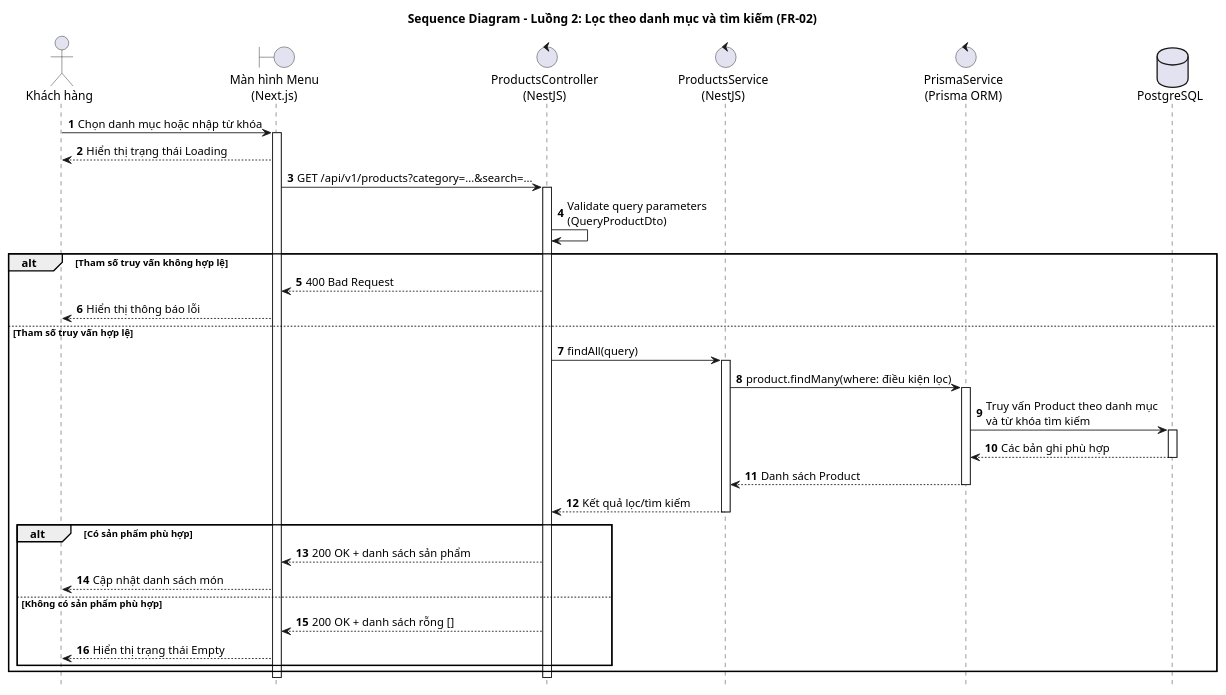
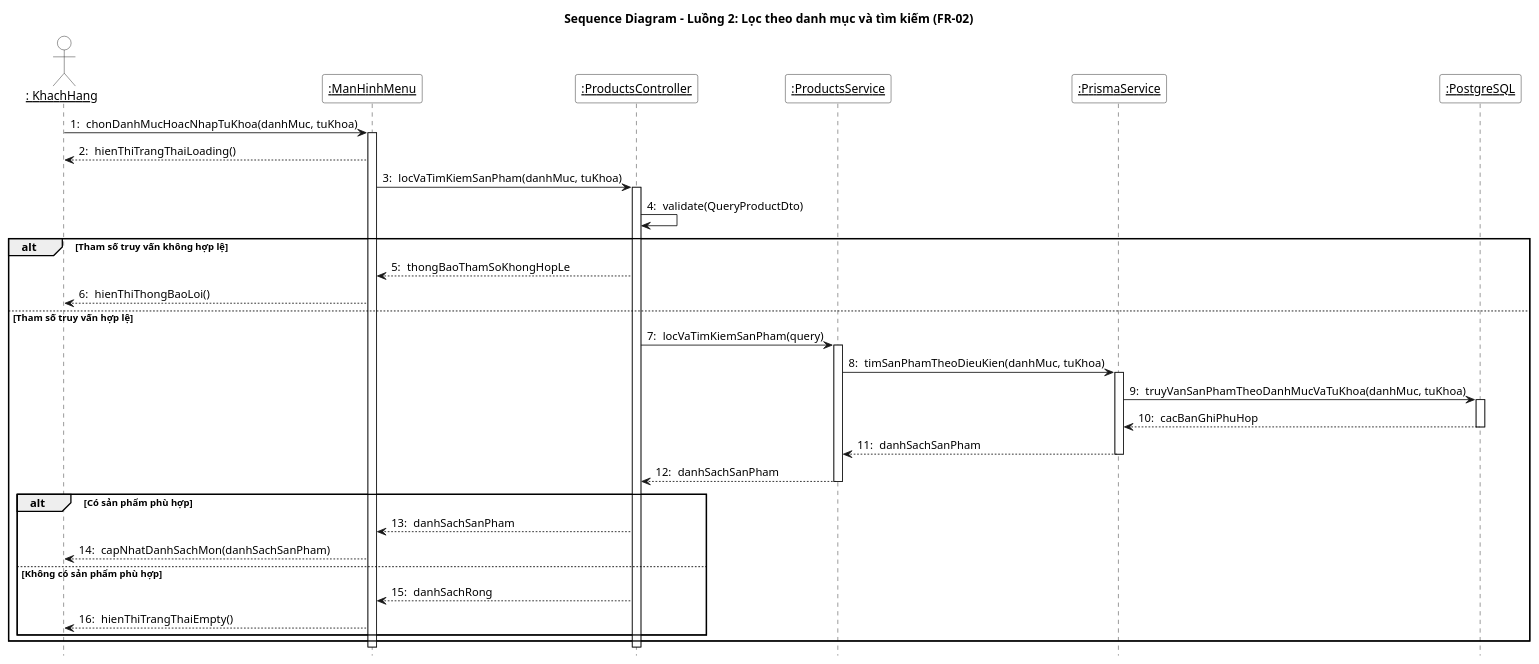
One commit to Phuc280106/BrewLite2 changed the diagram in docs/diagrams/menu/sequence-menu-filter.puml. Above: the diagram before and after it, drawn with PlantUML. The commit also changed 7 other files, not shown here.

Commit message:
docs(diagrams): hoàn thành sơ đồ usecase, sequence, activity cho chức năng hiển thị menu và lọc danh mục

```diff
--- a/docs/diagrams/menu/sequence-menu-filter.puml
+++ b/docs/diagrams/menu/sequence-menu-filter.puml
@@ -1,49 +1,52 @@
-@startuml sequence-menu-filter
+@startuml sequence-menu-filter-search
 title Sequence Diagram - Luồng 2: Lọc theo danh mục và tìm kiếm (FR-02)
-autonumber
+skinparam sequenceMessageAlign left
+skinparam monochrome true
+skinparam shadowing false
+skinparam ParticipantBackgroundColor white
+skinparam ActorBackgroundColor white
 hide footbox
-skinparam responseMessageBelowArrow true
+autonumber "0: "
 
-actor "Khách hàng" as KH
-boundary "Màn hình Menu\n(Next.js)" as UI
-control "ProductsController\n(NestJS)" as PC
-control "ProductsService\n(NestJS)" as PS
-control "PrismaService\n(Prisma ORM)" as PR
-database "PostgreSQL" as DB
+actor "__: KhachHang__" as KH
+participant "__:ManHinhMenu__" as UI
+participant "__:ProductsController__" as CTRL
+participant "__:ProductsService__" as SVC
+participant "__:PrismaService__" as PRISMA
+participant "__:PostgreSQL__" as DB
 
-KH -> UI : Chọn danh mục hoặc nhập từ khóa
+KH -> UI : chonDanhMucHoacNhapTuKhoa(danhMuc, tuKhoa)
 activate UI
-UI --> KH : Hiển thị trạng thái Loading
-UI -> PC : GET /api/v1/products?category=...&search=...
-activate PC
-PC -> PC : Validate query parameters\n(QueryProductDto)
+UI --> KH : hienThiTrangThaiLoading()
+UI -> CTRL : locVaTimKiemSanPham(danhMuc, tuKhoa)
+activate CTRL
+CTRL -> CTRL : validate(QueryProductDto)
 
 alt Tham số truy vấn không hợp lệ
-  PC --> UI : 400 Bad Request
-  UI --> KH : Hiển thị thông báo lỗi
+    CTRL --> UI : thongBaoThamSoKhongHopLe
+    UI --> KH : hienThiThongBaoLoi()
 else Tham số truy vấn hợp lệ
-  PC -> PS : findAll(query)
-  activate PS
-  PS -> PR : product.findMany(where: điều kiện lọc)
-  activate PR
-  PR -> DB : Truy vấn Product theo danh mục\nvà từ khóa tìm kiếm
-  activate DB
-  DB --> PR : Các bản ghi phù hợp
-  deactivate DB
-  PR --> PS : Danh sách Product
-  deactivate PR
-  PS --> PC : Kết quả lọc/tìm kiếm
-  deactivate PS
+    CTRL -> SVC : locVaTimKiemSanPham(query)
+    activate SVC
+    SVC -> PRISMA : timSanPhamTheoDieuKien(danhMuc, tuKhoa)
+    activate PRISMA
+    PRISMA -> DB : truyVanSanPhamTheoDanhMucVaTuKhoa(danhMuc, tuKhoa)
+    activate DB
+    DB --> PRISMA : cacBanGhiPhuHop
+    deactivate DB
+    PRISMA --> SVC : danhSachSanPham
+    deactivate PRISMA
+    SVC --> CTRL : danhSachSanPham
+    deactivate SVC
 
-  alt Có sản phẩm phù hợp
-    PC --> UI : 200 OK + danh sách sản phẩm
-    UI --> KH : Cập nhật danh sách món
-  else Không có sản phẩm phù hợp
-    PC --> UI : 200 OK + danh sách rỗng []
-    UI --> KH : Hiển thị trạng thái Empty
-  end
+    alt Có sản phẩm phù hợp
+        CTRL --> UI : danhSachSanPham
+        UI --> KH : capNhatDanhSachMon(danhSachSanPham)
+    else Không có sản phẩm phù hợp
+        CTRL --> UI : danhSachRong
+        UI --> KH : hienThiTrangThaiEmpty()
+    end
 end
-
-deactivate PC
+deactivate CTRL
 deactivate UI
 @enduml
```
